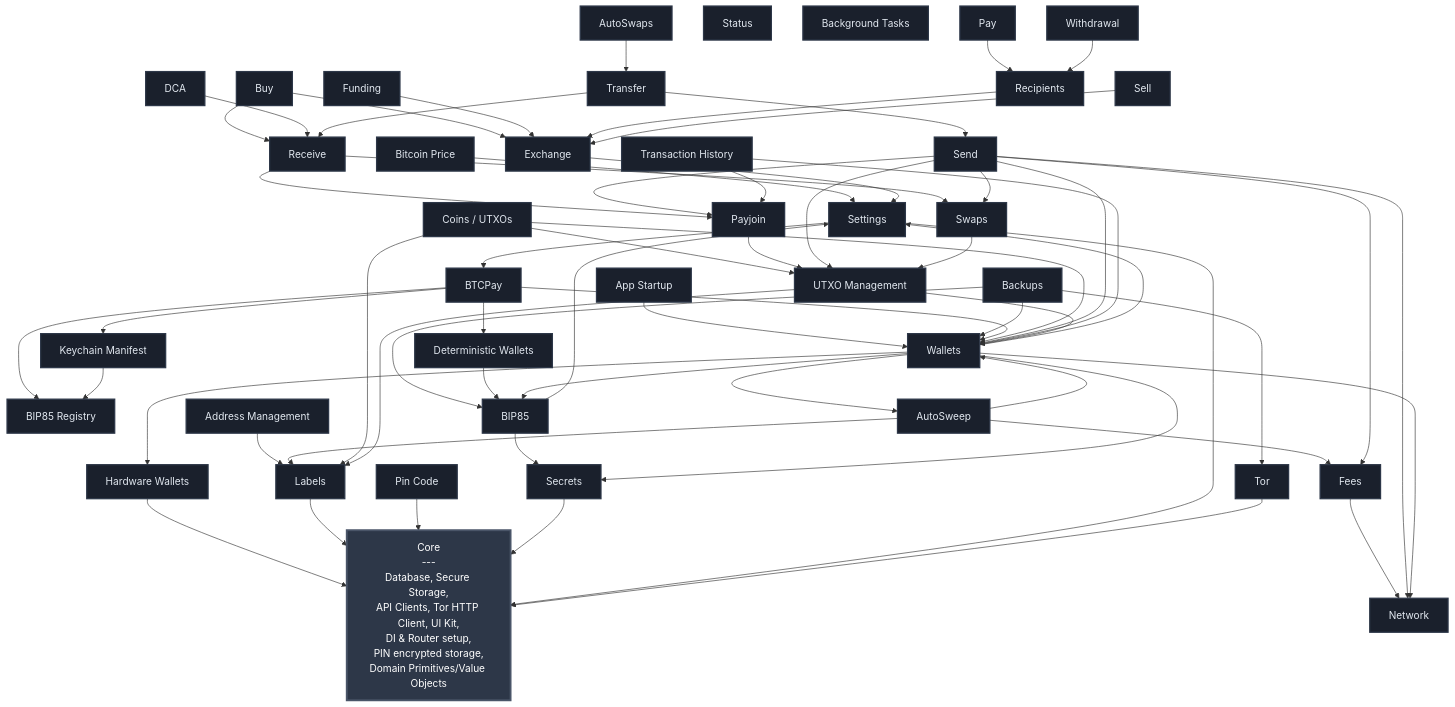
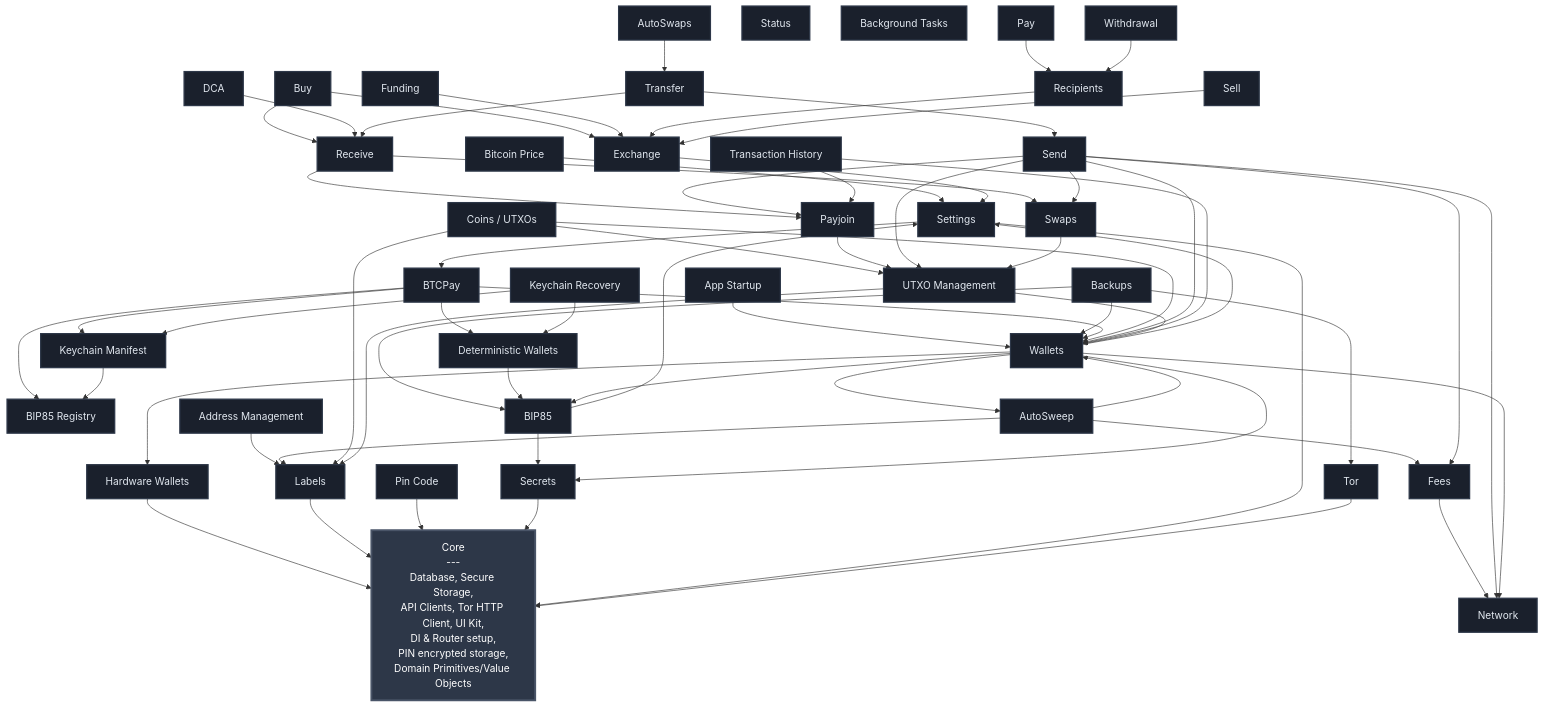
Before and after one commit to BullishNode/bullbitcoin-mobile: the diagram in FEATURES.md, drawn with Mermaid. The commit also changed 12 other files, not shown here.

Commit message:
feat(keychain_recovery): restore manifest wallet materializations

````diff
--- a/FEATURES.md
+++ b/FEATURES.md
@@ -23,6 +23,7 @@
     BIP85_REGISTRY[BIP85 Registry]
     DETERMINISTIC_WALLETS[Deterministic Wallets]
     KEYCHAIN_MANIFEST[Keychain Manifest]
+    KEYCHAIN_RECOVERY[Keychain Recovery]
     NETWORK[Network]
     BIP85[BIP85]
     FEES[Fees]
@@ -73,6 +74,8 @@
     BTCPAY --> WALLETS
     DETERMINISTIC_WALLETS --> BIP85
     KEYCHAIN_MANIFEST --> BIP85_REGISTRY
+    KEYCHAIN_RECOVERY --> DETERMINISTIC_WALLETS
+    KEYCHAIN_RECOVERY --> KEYCHAIN_MANIFEST
     BUY --> EXCHANGE
     BUY --> RECEIVE
     COINS --> UTXO_MGMT
@@ -124,4 +127,5 @@
     class SETTINGS,TOR,PIN_CODE,LABELS,SECRETS,HW_WALLETS,BTC_PRICE,BTCPAY,BIP85_REGISTRY,DETERMINISTIC_WALLETS,NETWORK,BIP85,FEES,WALLETS,EXCHANGE,APP_STARTUP,UTXO_MGMT,ADDRESS_MGMT,RECIPIENTS,FUNDING,BACKUPS,SWAPS,PAYJOIN,WITHDRAWAL,STATUS,SEND,RECEIVE,TRANSFER,TX_HISTORY,BG_TASKS,AUTOSWAPS,DCA,SELL,PAY,BUY,COINS featureStyle
     class SETTINGS,TOR,PIN_CODE,LABELS,SECRETS,HW_WALLETS,BTC_PRICE,BTCPAY,BIP85_REGISTRY,DETERMINISTIC_WALLETS,NETWORK,BIP85,FEES,WALLETS,EXCHANGE,APP_STARTUP,UTXO_MGMT,ADDRESS_MGMT,RECIPIENTS,FUNDING,BACKUPS,SWAPS,PAYJOIN,WITHDRAWAL,STATUS,SEND,RECEIVE,TRANSFER,TX_HISTORY,BG_TASKS,AUTOSWAPS,AUTOSWEEP,DCA,SELL,PAY,BUY featureStyle
     class SETTINGS,TOR,PIN_CODE,LABELS,SECRETS,HW_WALLETS,BTC_PRICE,BTCPAY,BIP85_REGISTRY,DETERMINISTIC_WALLETS,KEYCHAIN_MANIFEST,NETWORK,BIP85,FEES,WALLETS,EXCHANGE,APP_STARTUP,UTXO_MGMT,ADDRESS_MGMT,RECIPIENTS,FUNDING,BACKUPS,SWAPS,PAYJOIN,WITHDRAWAL,STATUS,SEND,RECEIVE,TRANSFER,TX_HISTORY,BG_TASKS,AUTOSWAPS,AUTOSWEEP,DCA,SELL,PAY,BUY featureStyle
+    class SETTINGS,TOR,PIN_CODE,LABELS,SECRETS,HW_WALLETS,BTC_PRICE,BTCPAY,BIP85_REGISTRY,DETERMINISTIC_WALLETS,KEYCHAIN_MANIFEST,KEYCHAIN_RECOVERY,NETWORK,BIP85,FEES,WALLETS,EXCHANGE,APP_STARTUP,UTXO_MGMT,ADDRESS_MGMT,RECIPIENTS,FUNDING,BACKUPS,SWAPS,PAYJOIN,WITHDRAWAL,STATUS,SEND,RECEIVE,TRANSFER,TX_HISTORY,BG_TASKS,AUTOSWAPS,AUTOSWEEP,DCA,SELL,PAY,BUY featureStyle
 ```
````
